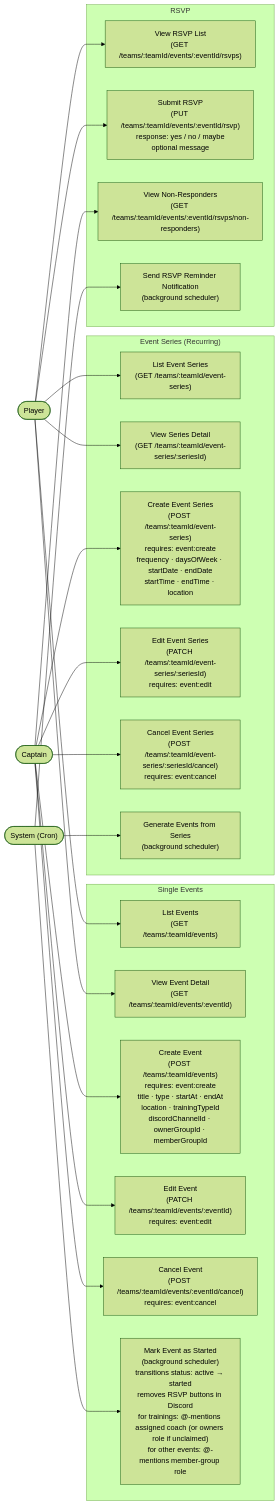
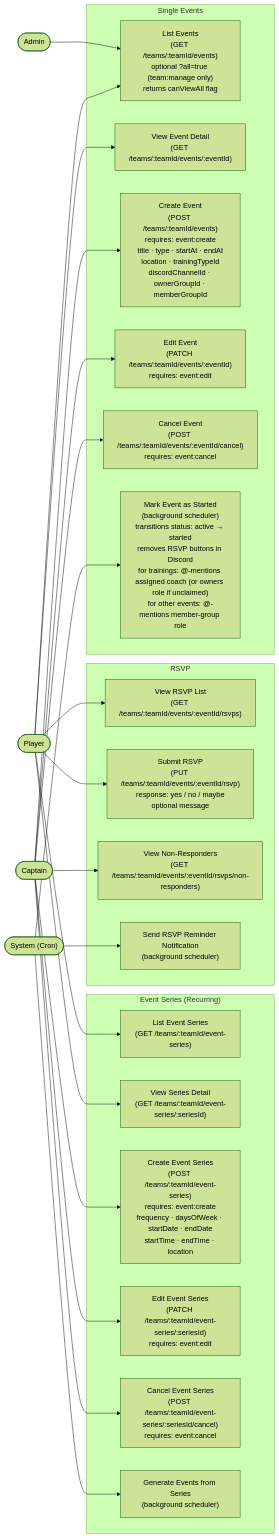
The sixth of 11 diagrams in docs/thesis/use-cases.md (maxa-ondrej/sideline), drawn with Mermaid (forest theme) before and after one commit. The commit also changed other lines of this file and 13 other files, not shown here.

First line of the commit message:
feat(events): admin-only "All groups" view of the events list (#423)

````diff
--- a/docs/thesis/use-cases.md
+++ b/docs/thesis/use-cases.md
@@ -471,50 +472,53 @@
 ```mermaid
 flowchart LR
     PL(["Player"])
     CP(["Captain"])
+    AD(["Admin"])
     SYS(["System (Cron)"])
 
     subgraph SINGLE["Single Events"]
-        UC_LIST_EVENTS["List Events\n(GET /teams/:teamId/events)"]
+        UC_LIST_EVENTS["List Events\n(GET /teams/:teamId/events)\noptional ?all=true (team:manage only)\nreturns canViewAll flag"]
         UC_GET_EVENT["View Event Detail\n(GET /teams/:teamId/events/:eventId)"]
         UC_CREATE_EVENT["Create Event\n(POST /teams/:teamId/events)\nrequires: event:create\ntitle · type · startAt · endAt\nlocation · trainingTypeId\ndiscordChannelId · ownerGroupId · memberGroupId"]
         UC_EDIT_EVENT["Edit Event\n(PATCH /teams/:teamId/events/:eventId)\nrequires: event:edit"]
         UC_CANCEL_EVENT["Cancel Event\n(POST /teams/:teamId/events/:eventId/cancel)\nrequires: event:cancel"]
         UC_START_EVENT["Mark Event as Started\n(background scheduler)\ntransitions status: active → started\nremoves RSVP buttons in Discord\nfor trainings: @-mentions assigned coach (or owners role if unclaimed)\nfor other events: @-mentions member-group role"]
     end
 
     subgraph SERIES["Event Series (Recurring)"]
         UC_LIST_SERIES["List Event Series\n(GET /teams/:teamId/event-series)"]
         UC_GET_SERIES["View Series Detail\n(GET /teams/:teamId/event-series/:seriesId)"]
         UC_CREATE_SERIES["Create Event Series\n(POST /teams/:teamId/event-series)\nrequires: event:create\nfrequency · daysOfWeek · startDate · endDate\nstartTime · endTime · location"]
         UC_EDIT_SERIES["Edit Event Series\n(PATCH /teams/:teamId/event-series/:seriesId)\nrequires: event:edit"]
         UC_CANCEL_SERIES["Cancel Event Series\n(POST /teams/:teamId/event-series/:seriesId/cancel)\nrequires: event:cancel"]
         UC_GEN_EVENTS["Generate Events from Series\n(background scheduler)"]
     end
 
     subgraph RSVP["RSVP"]
         UC_GET_RSVPS["View RSVP List\n(GET /teams/:teamId/events/:eventId/rsvps)"]
         UC_SUBMIT_RSVP["Submit RSVP\n(PUT /teams/:teamId/events/:eventId/rsvp)\nresponse: yes / no / maybe\noptional message"]
         UC_NON_RESPONDERS["View Non-Responders\n(GET /teams/:teamId/events/:eventId/rsvps/non-responders)"]
         UC_RSVP_REMINDER["Send RSVP Reminder Notification\n(background scheduler)"]
     end
 
     PL --> UC_LIST_EVENTS
     PL --> UC_GET_EVENT
     PL --> UC_SUBMIT_RSVP
     PL --> UC_GET_RSVPS
     PL --> UC_LIST_SERIES
     PL --> UC_GET_SERIES
 
     CP --> UC_CREATE_EVENT
     CP --> UC_EDIT_EVENT
     CP --> UC_CANCEL_EVENT
     CP --> UC_CREATE_SERIES
     CP --> UC_EDIT_SERIES
     CP --> UC_CANCEL_SERIES
     CP --> UC_NON_RESPONDERS
 
+    AD --> UC_LIST_EVENTS
+
     SYS --> UC_GEN_EVENTS
     SYS --> UC_START_EVENT
     SYS --> UC_RSVP_REMINDER
 ```
````
